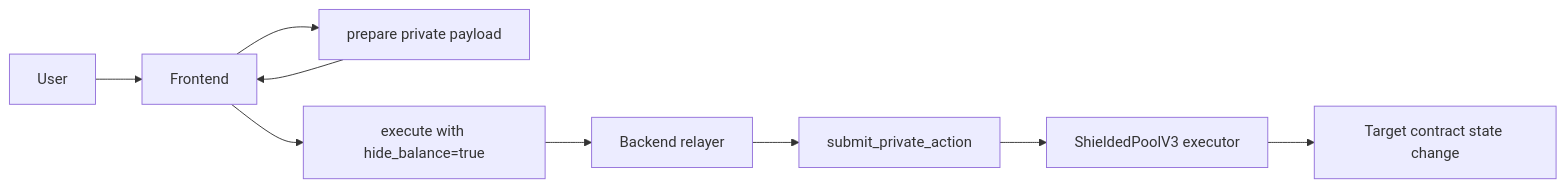
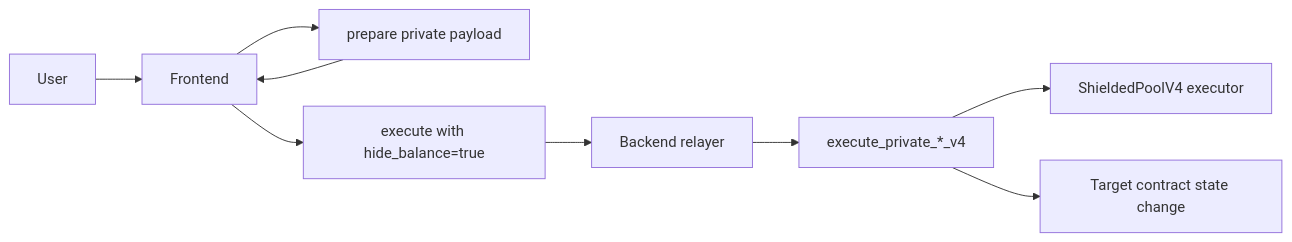
One commit to ntfound-dev/zkcarel_protocol changed the fourth of 4 diagrams in frontend/README.md. Above: the diagram before and after it, drawn with Mermaid. The commit also changed other lines of this file and 747 other files, not shown here.

First line of the commit message:
feat: V4 architecture — Honk verifiers, ShieldedPool V4, frontend refactor, autonomous agent

````diff
--- a/frontend/README.md
+++ b/frontend/README.md
@@ -82,11 +85,11 @@
 ```mermaid
 flowchart LR
   U[User] --> FE[Frontend]
   FE --> API1[prepare private payload]
   API1 --> FE
   FE --> API2[execute with hide_balance=true]
   API2 --> RELAYER[Backend relayer]
-  RELAYER --> ZK[submit_private_action]
-  ZK --> EXEC[ShieldedPoolV3 executor]
+  RELAYER --> EXEC[execute_private_*_v4]
+  EXEC --> ZK[ShieldedPoolV4 executor]
   EXEC --> CHAIN[Target contract state change]
 ```
````
